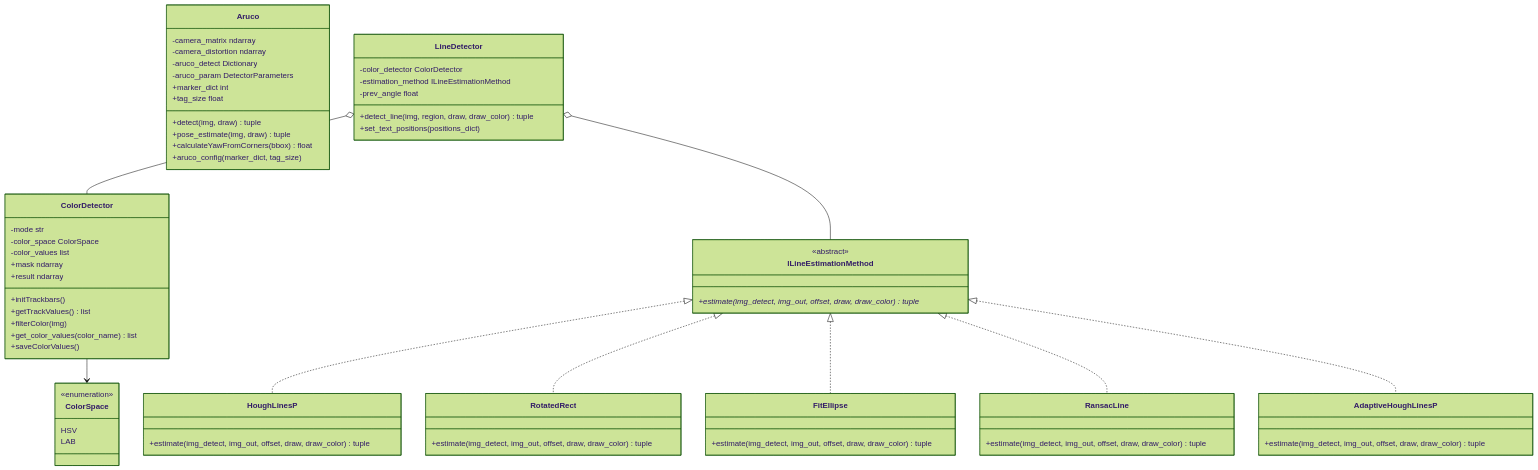
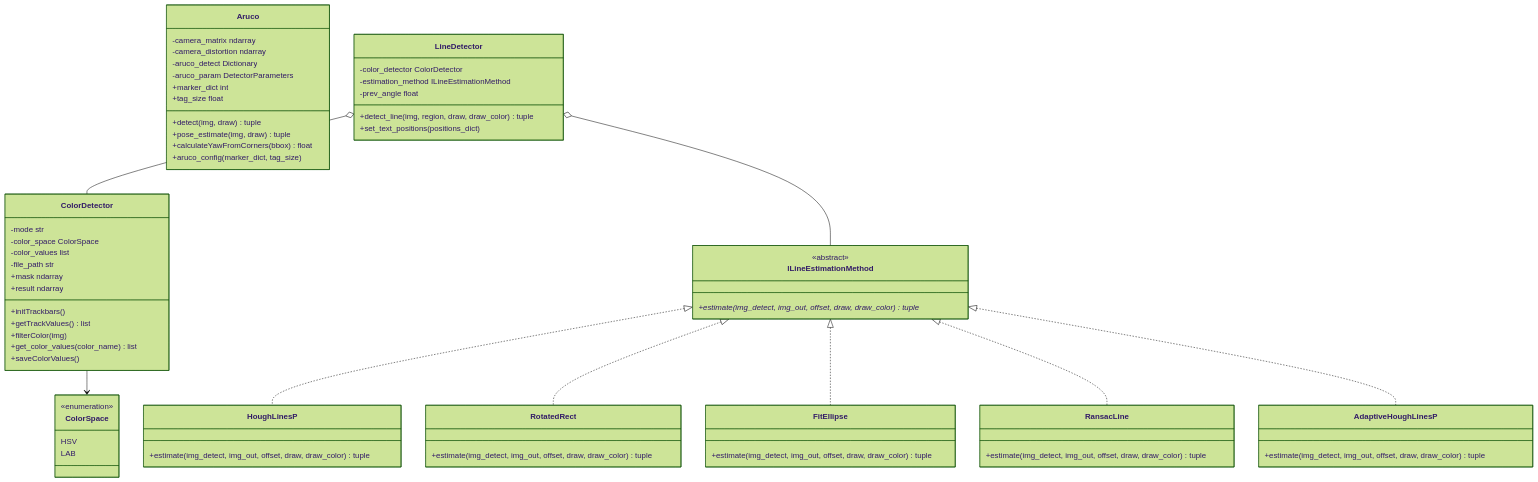
The first of 3 diagrams in i18n/pt/modules/vision/algorithms.md (Black-Bee-Drones/nectar-sdk), drawn with Mermaid (forest theme) before and after one commit. The commit also changed other lines of this file and 11 other files, not shown here.

````diff
--- a/i18n/pt/modules/vision/algorithms.md
+++ b/i18n/pt/modules/vision/algorithms.md
@@ -13,76 +13,77 @@
 ```mermaid
 classDiagram
     class Aruco {
         -camera_matrix ndarray
         -camera_distortion ndarray
         -aruco_detect Dictionary
         -aruco_param DetectorParameters
         +marker_dict int
         +tag_size float
         +detect(img, draw) tuple
         +pose_estimate(img, draw) tuple
         +calculateYawFromCorners(bbox) float
         +aruco_config(marker_dict, tag_size)
     }
 
     class ColorDetector {
         -mode str
         -color_space ColorSpace
         -color_values list
+        -file_path str
         +mask ndarray
         +result ndarray
         +initTrackbars()
         +getTrackValues() list
         +filterColor(img)
         +get_color_values(color_name) list
         +saveColorValues()
     }
 
     class ColorSpace {
         <<enumeration>>
         HSV
         LAB
     }
 
     class ILineEstimationMethod {
         <<abstract>>
         +estimate(img_detect, img_out, offset, draw, draw_color)* tuple
     }
 
     class HoughLinesP {
         +estimate(img_detect, img_out, offset, draw, draw_color) tuple
     }
 
     class RotatedRect {
         +estimate(img_detect, img_out, offset, draw, draw_color) tuple
     }
 
     class FitEllipse {
         +estimate(img_detect, img_out, offset, draw, draw_color) tuple
     }
 
     class RansacLine {
         +estimate(img_detect, img_out, offset, draw, draw_color) tuple
     }
 
     class AdaptiveHoughLinesP {
         +estimate(img_detect, img_out, offset, draw, draw_color) tuple
     }
 
     class LineDetector {
         -color_detector ColorDetector
         -estimation_method ILineEstimationMethod
         -prev_angle float
         +detect_line(img, region, draw, draw_color) tuple
         +set_text_positions(positions_dict)
     }
 
     ColorDetector --> ColorSpace
     ILineEstimationMethod <|.. HoughLinesP
     ILineEstimationMethod <|.. RotatedRect
     ILineEstimationMethod <|.. FitEllipse
     ILineEstimationMethod <|.. RansacLine
     ILineEstimationMethod <|.. AdaptiveHoughLinesP
     LineDetector o-- ColorDetector
     LineDetector o-- ILineEstimationMethod
 ```
````
